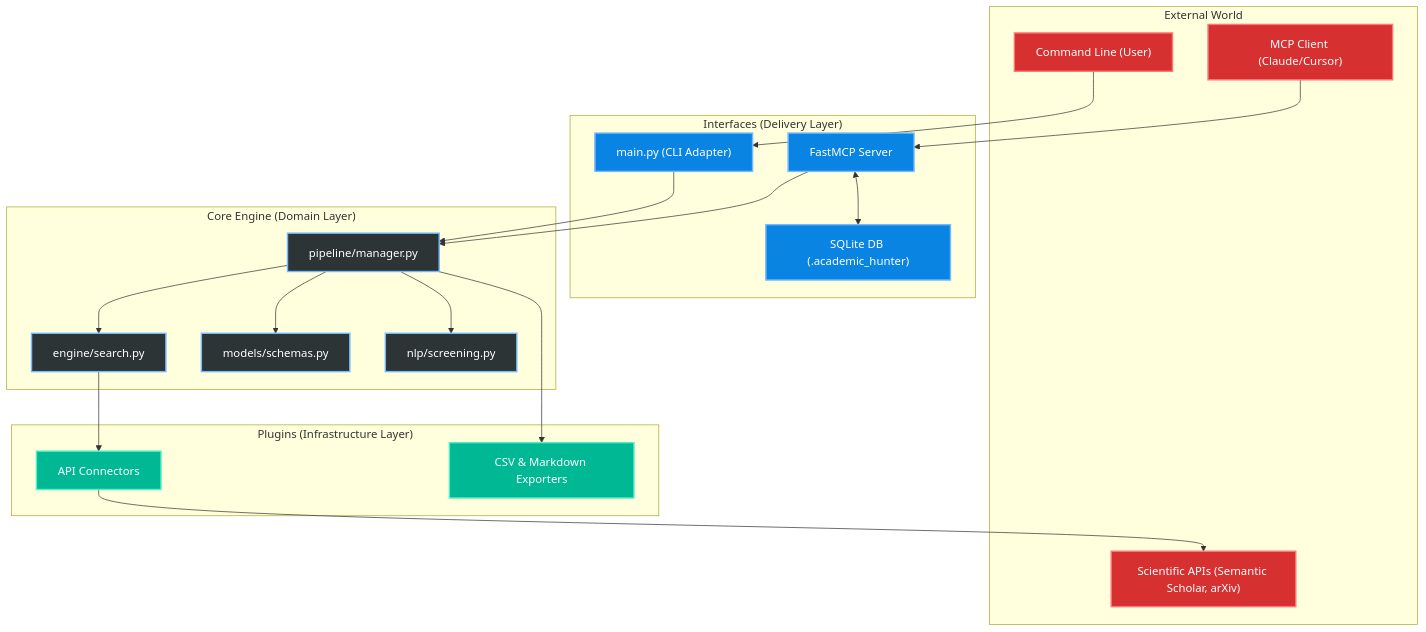
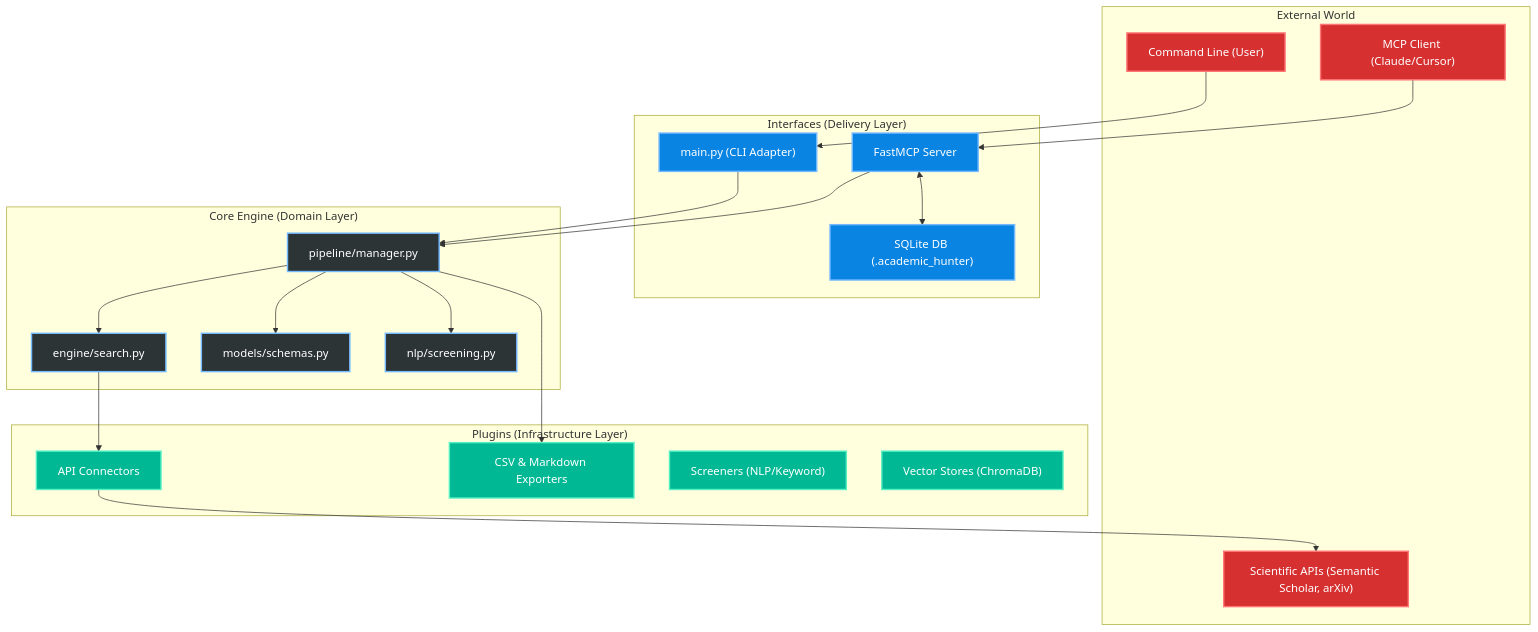
Before and after one commit to devfelipenunes/academic-hunter: the diagram in ARCHITECTURE.md, drawn with Mermaid. The commit also changed other lines of this file and 10 other files, not shown here.

Commit message:
feat(plugins): implement abstract base classes and documentation for screeners and vector_stores

````diff
--- a/ARCHITECTURE.md
+++ b/ARCHITECTURE.md
@@ -7,49 +7,51 @@
 ```mermaid
 graph TD
     %% Define styles
     classDef core fill:#2d3436,stroke:#74b9ff,stroke-width:2px,color:white
     classDef interface fill:#0984e3,stroke:#74b9ff,stroke-width:2px,color:white
     classDef plugin fill:#00b894,stroke:#55efc4,stroke-width:2px,color:white
     classDef external fill:#d63031,stroke:#ff7675,stroke-width:2px,color:white
 
     subgraph External["External World"]
         CLI["Command Line (User)"]:::external
         MCP_Client["MCP Client (Claude/Cursor)"]:::external
         APIs["Scientific APIs (Semantic Scholar, arXiv)"]:::external
     end
 
     subgraph Interfaces["Interfaces (Delivery Layer)"]
         CLI_Adapter["main.py (CLI Adapter)"]:::interface
         MCP_Server["FastMCP Server"]:::interface
         DB["SQLite DB (.academic_hunter)"]:::interface
     end
 
     subgraph Core["Core Engine (Domain Layer)"]
         Pipeline["pipeline/manager.py"]:::core
         Engine["engine/search.py"]:::core
         Models["models/schemas.py"]:::core
         NLP["nlp/screening.py"]:::core
     end
 
     subgraph Plugins["Plugins (Infrastructure Layer)"]
         Connectors["API Connectors"]:::plugin
         Exporters["CSV & Markdown Exporters"]:::plugin
+        Screeners["Screeners (NLP/Keyword)"]:::plugin
+        VectorStores["Vector Stores (ChromaDB)"]:::plugin
     end
 
     %% Relationships
     CLI --> CLI_Adapter
     MCP_Client --> MCP_Server
 
     CLI_Adapter --> Pipeline
     MCP_Server --> Pipeline
     MCP_Server <--> DB
 
     Pipeline --> Engine
     Pipeline --> NLP
     Pipeline --> Models
 
     Engine --> Connectors
     Connectors --> APIs
 
     Pipeline --> Exporters
 ```
````
